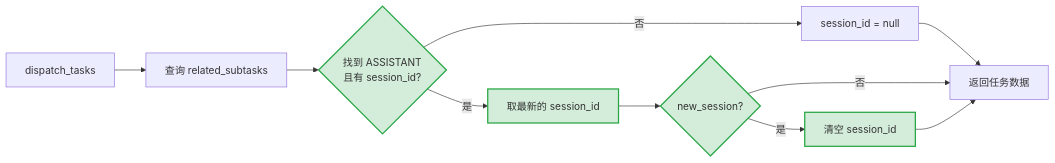
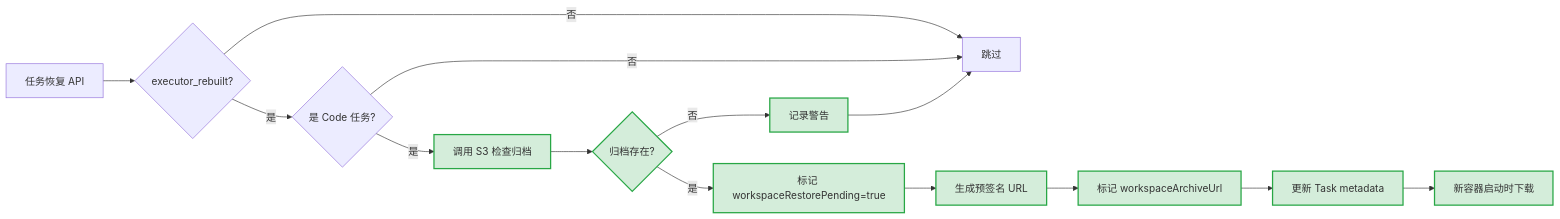
Before and after one commit to wecode-ai/Wegent: the fifth of 9 diagrams in docs/zh/features/task-restore.md, drawn with Mermaid. The commit also changed other lines of this file and 6 other files, not shown here.

````diff
--- a/docs/zh/features/task-restore.md
+++ b/docs/zh/features/task-restore.md
@@ -152,14 +303,18 @@
 ```mermaid
 flowchart LR
-    A[dispatch_tasks] --> B[查询 related_subtasks]
-    B --> C{找到 ASSISTANT<br/>且有 session_id?}:::new
-    C -->|是| D[取最新的 session_id]:::new
-    C -->|否| E[session_id = null]
-    D --> F{new_session?}:::new
-    E --> G[返回任务数据]
-    F -->|是| H[清空 session_id]:::new
-    F -->|否| G
-    H --> G
+    A[任务恢复 API] --> B{executor_rebuilt?}
+    B -->|是| C{是 Code 任务?}
+    B -->|否| D[跳过]
+    C -->|是| E[调用 S3 检查归档]:::new
+    C -->|否| D
+    E --> F{归档存在?}:::new
+    F -->|是| G[标记 workspaceRestorePending=true]:::new
+    F -->|否| H[记录警告]:::new
+    G --> I[生成预签名 URL]:::new
+    I --> J[标记 workspaceArchiveUrl]:::new
+    J --> K[更新 Task metadata]:::new
+    K --> L[新容器启动时下载]:::new
+    H --> D
 
     classDef new fill:#d4edda,stroke:#28a745,stroke-width:2px
 ```
````
